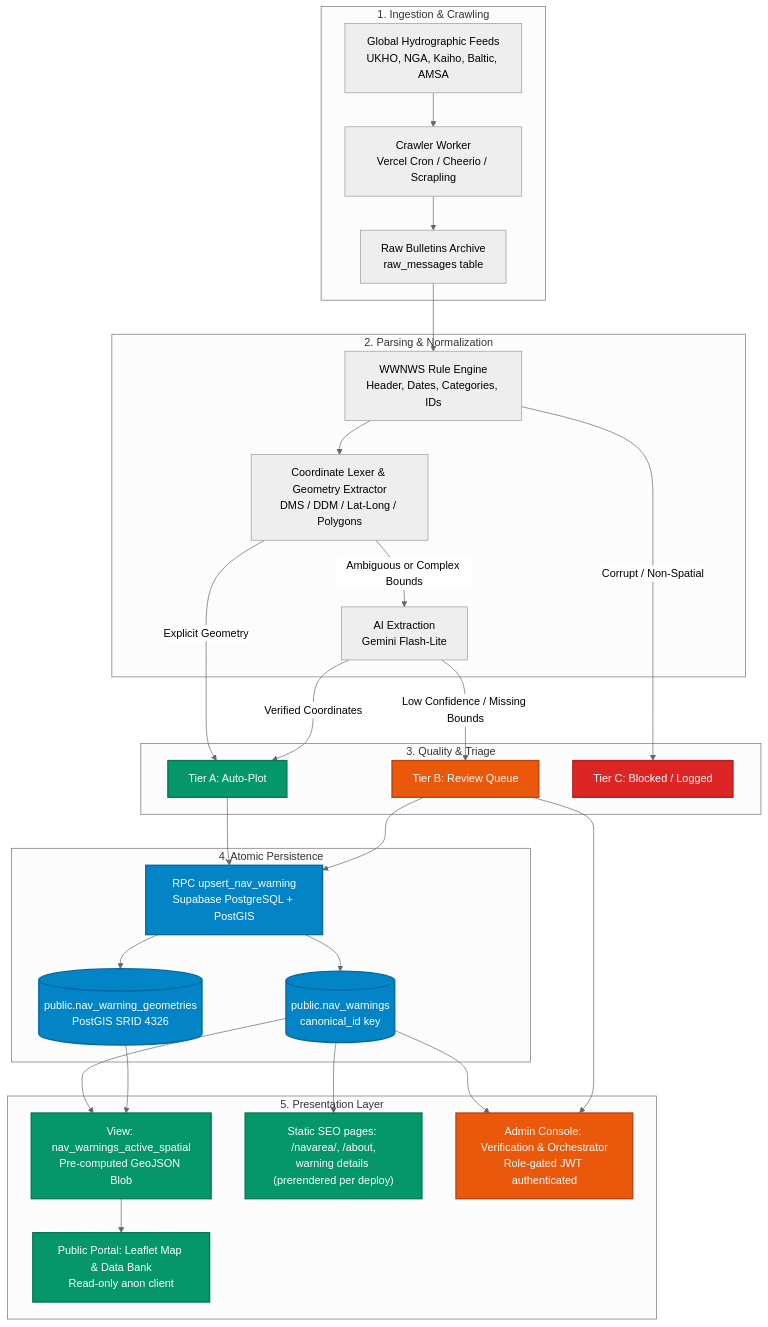
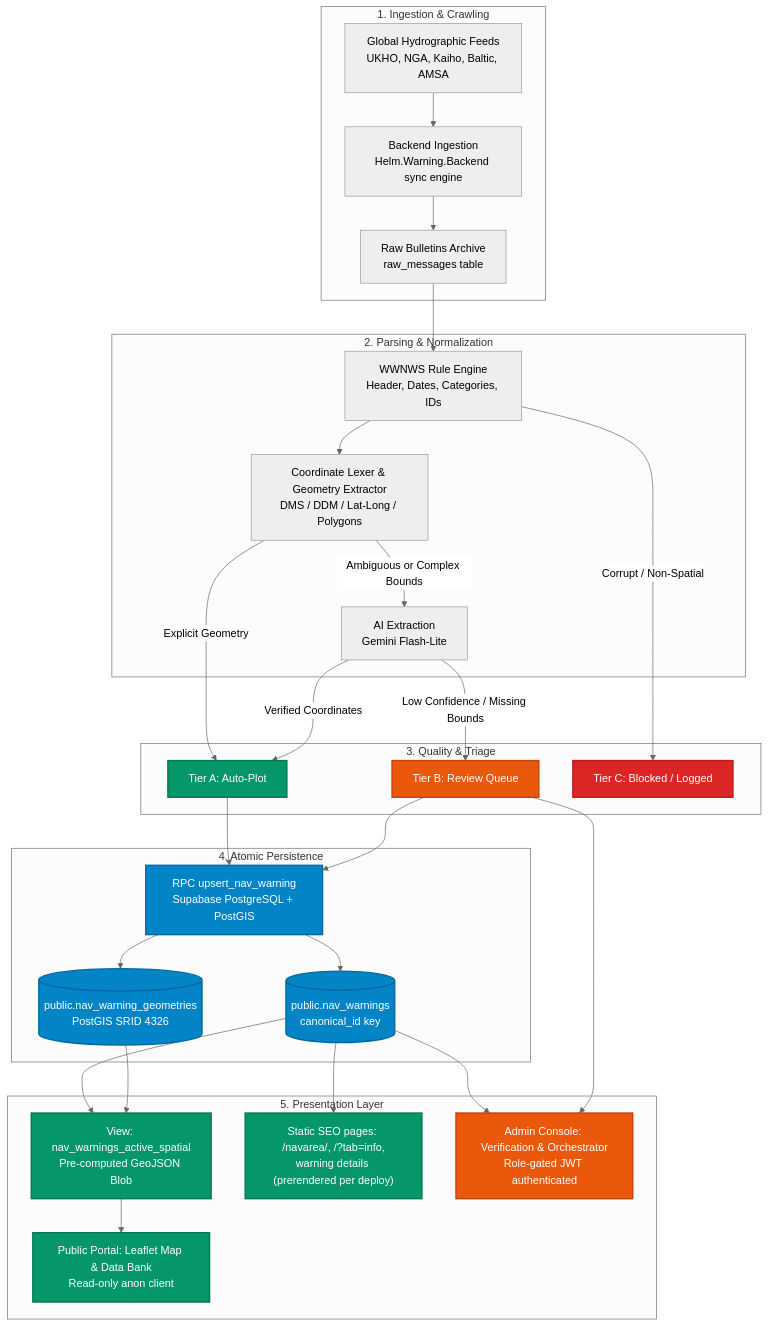
One commit to alfredpanakkal/helm.navwarning changed the diagram in README.md. Above: the diagram before and after it, drawn with Mermaid (neutral theme). The commit also changed other lines of this file and 7 other files, not shown here.

````diff
--- a/README.md
+++ b/README.md
@@ -83,44 +83,44 @@
 ```mermaid
 flowchart TD
     subgraph INGESTION["1. Ingestion & Crawling"]
-        A[Global Hydrographic Feeds<br/>UKHO, NGA, Kaiho, Baltic, AMSA] --> B[Crawler Worker<br/>Vercel Cron / Cheerio / Scrapling]
+        A[Global Hydrographic Feeds<br/>UKHO, NGA, Kaiho, Baltic, AMSA] --> B[Backend Ingestion<br/>Helm.Warning.Backend sync engine]
         B --> C[Raw Bulletins Archive<br/>raw_messages table]
     end
 
     subgraph PROCESSING["2. Parsing & Normalization"]
         C --> D[WWNWS Rule Engine<br/>Header, Dates, Categories, IDs]
         D --> E[Coordinate Lexer & Geometry Extractor<br/>DMS / DDM / Lat-Long / Polygons]
         E -->|Ambiguous or Complex Bounds| F[AI Extraction<br/>Gemini Flash-Lite]
     end
 
     subgraph TRIAGE["3. Quality & Triage"]
         E -->|Explicit Geometry| G[Tier A: Auto-Plot]
         F -->|Verified Coordinates| G
         F -->|Low Confidence / Missing Bounds| H[Tier B: Review Queue]
         D -->|Corrupt / Non-Spatial| I[Tier C: Blocked / Logged]
     end
 
     subgraph PERSISTENCE["4. Atomic Persistence"]
         G --> J[RPC upsert_nav_warning<br/>Supabase PostgreSQL + PostGIS]
         H --> J
         J --> K[(public.nav_warnings<br/>canonical_id key)]
         J --> L[(public.nav_warning_geometries<br/>PostGIS SRID 4326)]
     end
 
     subgraph PRESENTATION["5. Presentation Layer"]
         K & L --> M[View: nav_warnings_active_spatial<br/>Pre-computed GeoJSON Blob]
         M --> N[Public Portal: Leaflet Map & Data Bank<br/>Read-only anon client]
-        K --> P["Static SEO pages: /navarea/<RN>, /about,<br/>warning details (prerendered per deploy)"]
+        K --> P["Static SEO pages: /navarea/<RN>, /?tab=info,<br/>warning details (prerendered per deploy)"]
         K & H --> O[Admin Console: Verification & Orchestrator<br/>Role-gated JWT authenticated]
     end
 
     classDef primary fill:#0284c7,stroke:#0369a1,stroke-width:2px,color:#fff;
     classDef success fill:#059669,stroke:#047857,stroke-width:2px,color:#fff;
     classDef warning fill:#ea580c,stroke:#c2410c,stroke-width:2px,color:#fff;
     classDef danger fill:#dc2626,stroke:#b91c1c,stroke-width:2px,color:#fff;
 
     class G,M,N,P success;
     class H,O warning;
     class I danger;
     class J,K,L primary;
 ```
````
